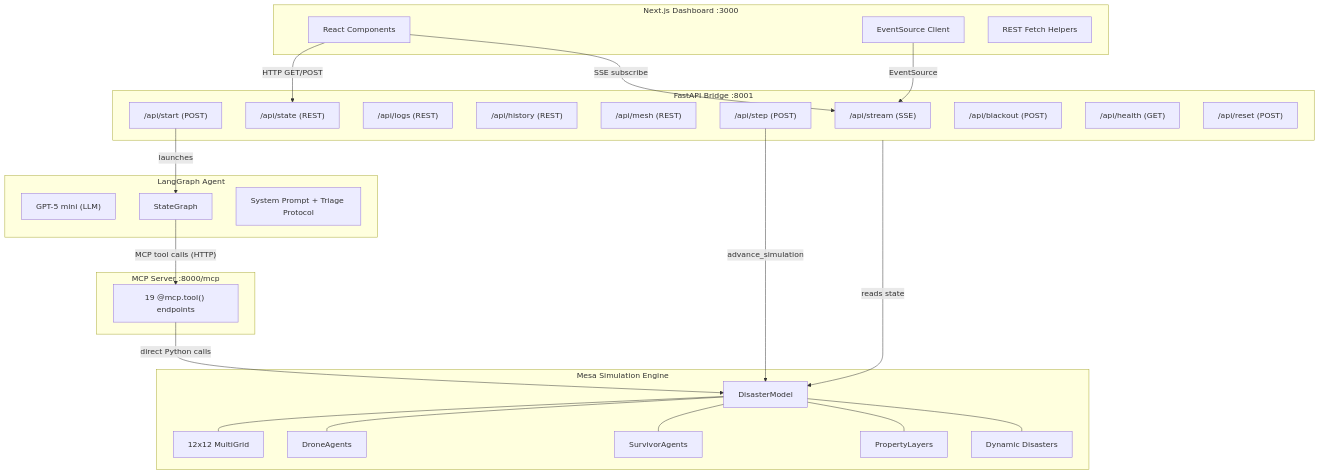
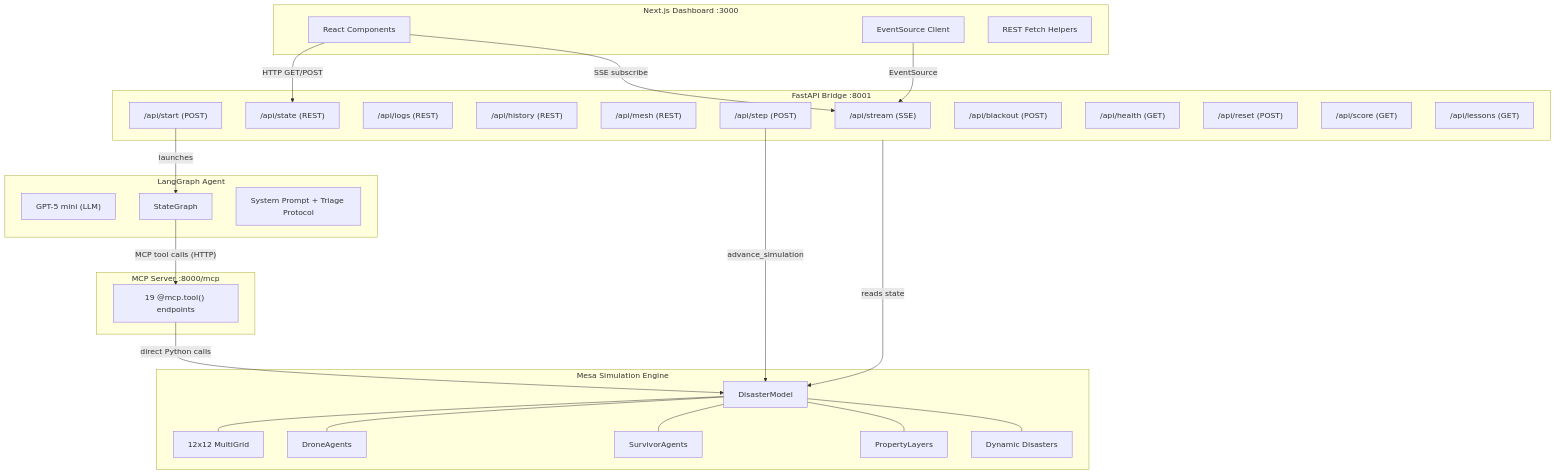
One commit to Andersonnn7788/drone-agents changed the first of 11 diagrams in architecture.md. Above: the diagram before and after it, drawn with Mermaid. The commit also changed other lines of this file and 20 other files, not shown here.

Commit message:
fix all the bugs and update readme and architecture

````diff
--- a/architecture.md
+++ b/architecture.md
@@ -11,58 +11,60 @@
 ```mermaid
 flowchart TB
     subgraph Frontend["Next.js Dashboard :3000"]
         RC[React Components]
         ES[EventSource Client]
         REST_C[REST Fetch Helpers]
     end
 
     subgraph API["FastAPI Bridge :8001"]
         SSE["/api/stream (SSE)"]
         STATE["/api/state (REST)"]
         LOGS["/api/logs (REST)"]
         HIST["/api/history (REST)"]
         MESH_EP["/api/mesh (REST)"]
         START["/api/start (POST)"]
         STEP["/api/step (POST)"]
         BLACKOUT_EP["/api/blackout (POST)"]
         HEALTH["/api/health (GET)"]
         RESET["/api/reset (POST)"]
+        SCORE_EP["/api/score (GET)"]
+        LESSONS_EP["/api/lessons (GET)"]
     end
 
     subgraph Agent["LangGraph Agent"]
         LLM["GPT-5 mini (LLM)"]
         SG[StateGraph]
         SP[System Prompt + Triage Protocol]
     end
 
     subgraph MCP["MCP Server :8000/mcp"]
         TOOLS["19 @mcp.tool() endpoints"]
     end
 
     subgraph Sim["Mesa Simulation Engine"]
         MODEL[DisasterModel]
         GRID["12x12 MultiGrid"]
         DRONES[DroneAgents]
         SURVIVORS[SurvivorAgents]
         PL[PropertyLayers]
         DYN[Dynamic Disasters]
     end
 
     RC -->|"SSE subscribe"| SSE
     RC -->|"HTTP GET/POST"| STATE
     ES -->|"EventSource"| SSE
 
     API -->|"reads state"| MODEL
 
     SG -->|"MCP tool calls (HTTP)"| TOOLS
     TOOLS -->|"direct Python calls"| MODEL
 
     START -->|"launches"| SG
     STEP -->|"advance_simulation"| MODEL
 
     MODEL --- GRID
     MODEL --- DRONES
     MODEL --- SURVIVORS
     MODEL --- PL
     MODEL --- DYN
 ```
````
